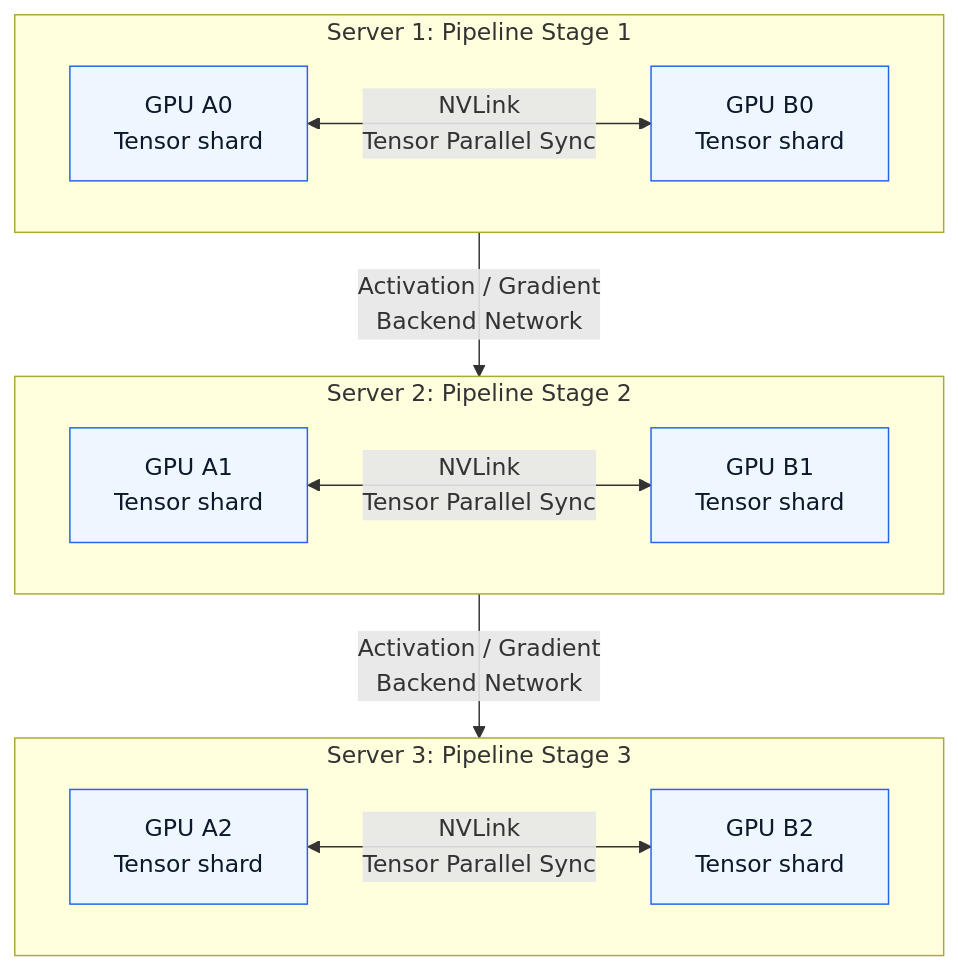
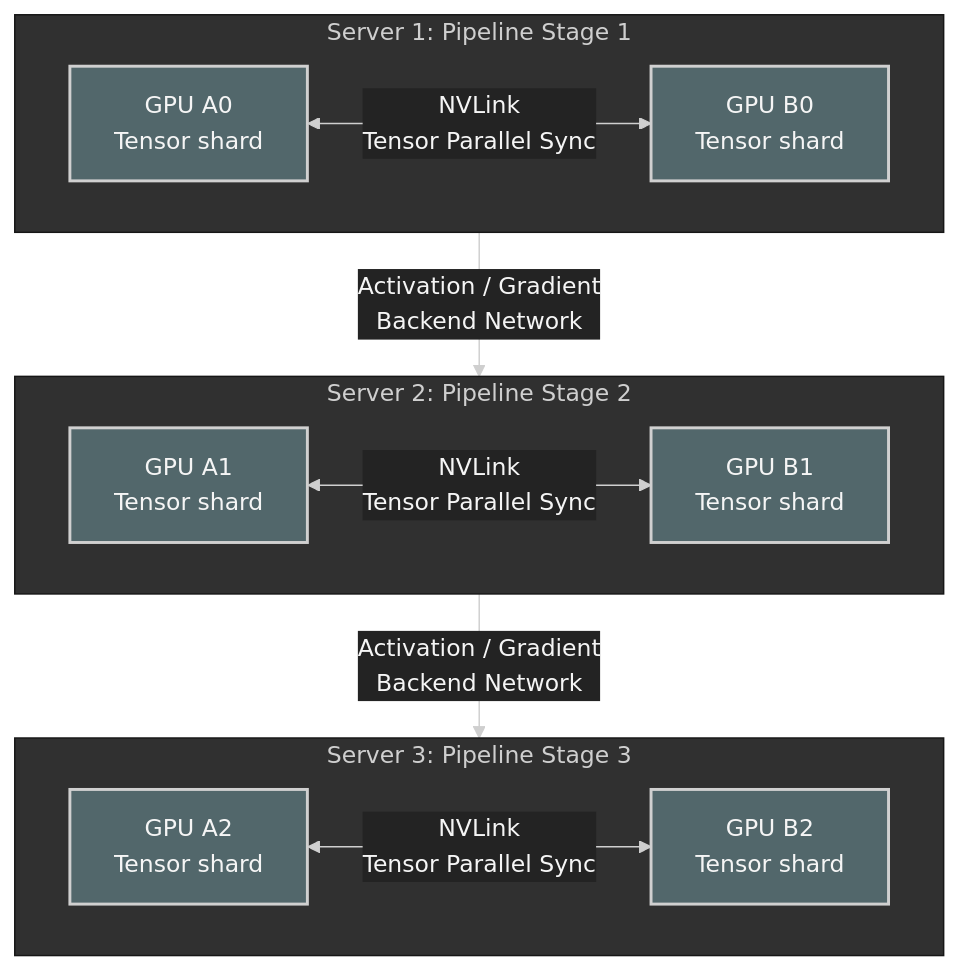
Before and after one commit to ziwon/ai-data-center-network: the ninth of 12 diagrams in deep-learning-for-network-engineers/week03/README.md, drawn with Mermaid. The commit also changed other lines of this file and 35 other files, not shown here.

Commit message:
docs(mermaid): apply dark diagram style

````diff
--- a/deep-learning-for-network-engineers/week03/README.md
+++ b/deep-learning-for-network-engineers/week03/README.md
@@ -504,28 +512,29 @@
 ```mermaid
+%%{init: {"theme": "base", "themeVariables": {"background": "#171717", "primaryColor": "#232323", "primaryTextColor": "#f5f5f5", "primaryBorderColor": "#d0d0d0", "lineColor": "#cfcfcf", "fontFamily": "Inter, Arial, sans-serif"}}}%%
 flowchart TB
-    classDef server fill:#f8fafc,stroke:#64748b,color:#334155
-    classDef gpu fill:#eef6ff,stroke:#2563eb,color:#0f172a
-    classDef nv fill:#ecfdf5,stroke:#059669,color:#064e3b
-    classDef net fill:#fff7ed,stroke:#ea580c,color:#7c2d12
+    classDef server fill:#62164d,stroke:#d0d0d0,color:#f5f5f5,stroke-width:2px;
+    classDef gpu fill:#52676b,stroke:#d0d0d0,color:#f5f5f5,stroke-width:2px;
+    classDef nv fill:#232323,stroke:#d0d0d0,color:#f5f5f5,stroke-width:2px;
+    classDef net fill:#62164d,stroke:#d0d0d0,color:#f5f5f5,stroke-width:2px;
 
     subgraph S1["Server 1: Pipeline Stage 1"]
         A0[GPU A0<br/>Tensor shard]:::gpu
         B0[GPU B0<br/>Tensor shard]:::gpu
         A0 <-->|NVLink<br/>Tensor Parallel Sync| B0
     end
 
     subgraph S2["Server 2: Pipeline Stage 2"]
         A1[GPU A1<br/>Tensor shard]:::gpu
         B1[GPU B1<br/>Tensor shard]:::gpu
         A1 <-->|NVLink<br/>Tensor Parallel Sync| B1
     end
 
     subgraph S3["Server 3: Pipeline Stage 3"]
         A2[GPU A2<br/>Tensor shard]:::gpu
         B2[GPU B2<br/>Tensor shard]:::gpu
         A2 <-->|NVLink<br/>Tensor Parallel Sync| B2
     end
 
     S1 -->|Activation / Gradient<br/>Backend Network| S2
     S2 -->|Activation / Gradient<br/>Backend Network| S3
 ```
````
